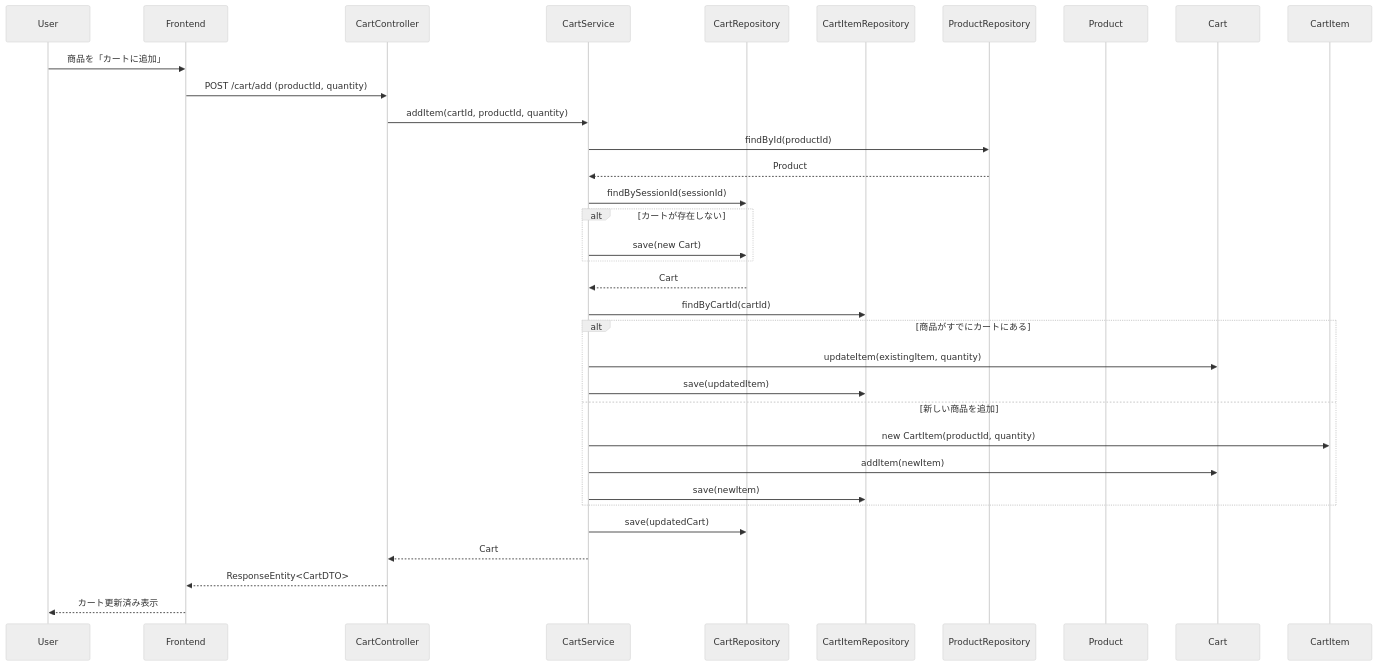
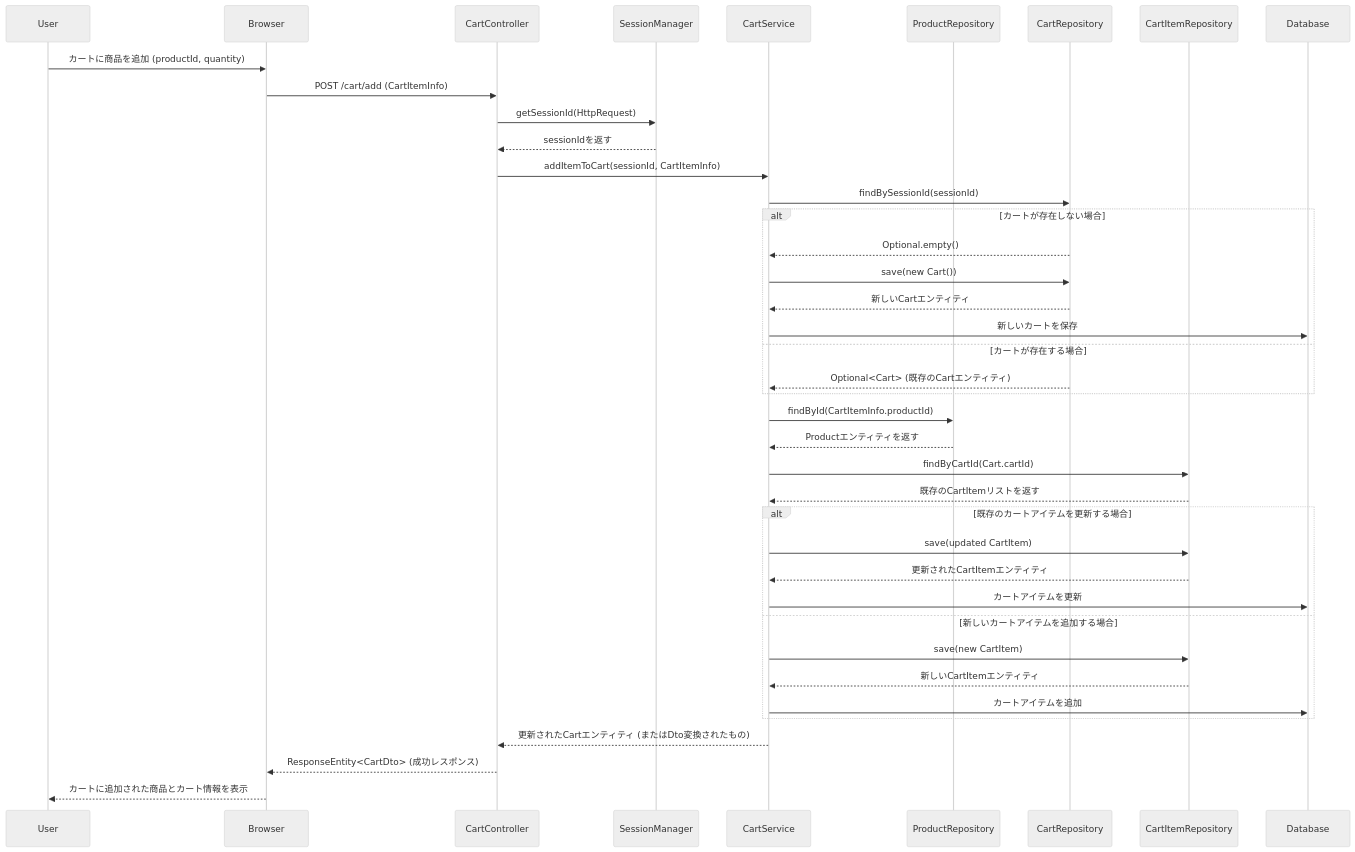
Before and after one commit to ainaga09/ACE: the third of 8 diagrams in 詳細設計/シークエンス図.md, drawn with Mermaid (neutral theme). The commit also changed other lines of this file and 3 other files, not shown here.

```diff
--- a/詳細設計/シークエンス図.md
+++ b/詳細設計/シークエンス図.md
@@ -49,41 +49,47 @@
 <div class="mermaid">
 sequenceDiagram
     participant User
-    participant Frontend
+    participant Browser
     participant CartController
+    participant SessionManager
     participant CartService
+    participant ProductRepository
     participant CartRepository
     participant CartItemRepository
-    participant ProductRepository
-    participant Product
-    participant Cart
-    participant CartItem
+    participant Database
 
-    User->>Frontend: 商品を「カートに追加」
-    Frontend->>CartController: POST /cart/add (productId, quantity)
-    CartController->>CartService: addItem(cartId, productId, quantity)
-
-    CartService->>ProductRepository: findById(productId)
-    ProductRepository-->>CartService: Product
+    User->>Browser: カートに商品を追加 (productId, quantity)
+    Browser->>CartController: POST /cart/add (CartItemInfo)
+    CartController->>SessionManager: getSessionId(HttpRequest)
+    SessionManager-->>CartController: sessionIdを返す
+    CartController->>CartService: addItemToCart(sessionId, CartItemInfo)
 
     CartService->>CartRepository: findBySessionId(sessionId)
-    alt カートが存在しない
-        CartService->>CartRepository: save(new Cart)
-    end
-    CartRepository-->>CartService: Cart
-
-    CartService->>CartItemRepository: findByCartId(cartId)
-    alt 商品がすでにカートにある
-        CartService->>Cart: updateItem(existingItem, quantity)
-        CartService->>CartItemRepository: save(updatedItem)
-    else 新しい商品を追加
-        CartService->>CartItem: new CartItem(productId, quantity)
-        CartService->>Cart: addItem(newItem)
-        CartService->>CartItemRepository: save(newItem)
+    alt カートが存在しない場合
+        CartRepository-->>CartService: Optional.empty()
+        CartService->>CartRepository: save(new Cart())
+        CartRepository-->>CartService: 新しいCartエンティティ
+        CartService->>Database: 新しいカートを保存
+    else カートが存在する場合
+        CartRepository-->>CartService: Optional<Cart> (既存のCartエンティティ)
     end
 
-    CartService->>CartRepository: save(updatedCart)
-    CartService-->>CartController: Cart
-    CartController-->>Frontend: ResponseEntity<CartDTO>
-    Frontend-->>User: カート更新済み表示
+    CartService->>ProductRepository: findById(CartItemInfo.productId)
+    ProductRepository-->>CartService: Productエンティティを返す
+    CartService->>CartItemRepository: findByCartId(Cart.cartId)
+    CartItemRepository-->>CartService: 既存のCartItemリストを返す
+
+    alt 既存のカートアイテムを更新する場合
+        CartService->>CartItemRepository: save(updated CartItem)
+        CartItemRepository-->>CartService: 更新されたCartItemエンティティ
+        CartService->>Database: カートアイテムを更新
+    else 新しいカートアイテムを追加する場合
+        CartService->>CartItemRepository: save(new CartItem)
+        CartItemRepository-->>CartService: 新しいCartItemエンティティ
+        CartService->>Database: カートアイテムを追加
+    end
+
+    CartService-->>CartController: 更新されたCartエンティティ (またはDto変換されたもの)
+    CartController-->>Browser: ResponseEntity<CartDto> (成功レスポンス)
+    Browser-->>User: カートに追加された商品とカート情報を表示
 </div>
```
